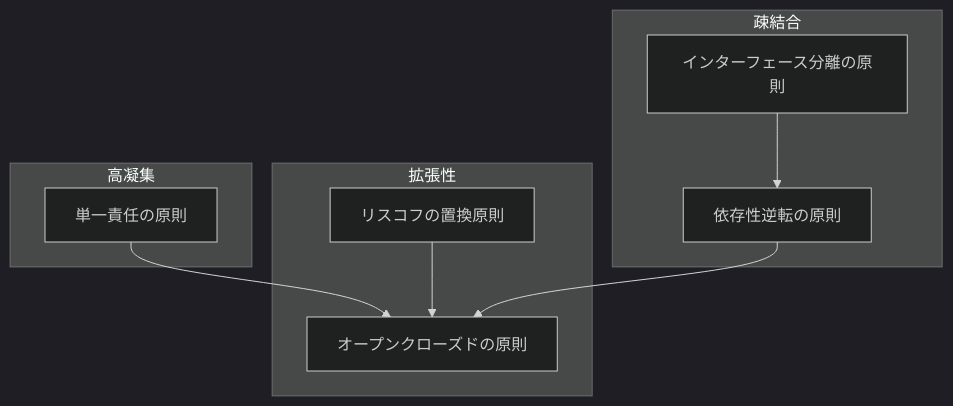
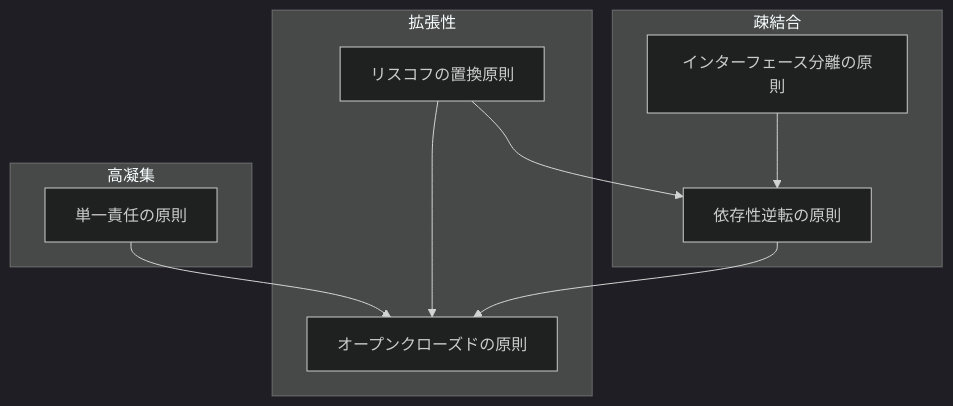
One commit to shuji-bonji/Notes-on-SOLID-Principle changed the diagram in docs/relevance-of-solid-principles.md. Above: the diagram before and after it, drawn with Mermaid (dark theme). The commit also changed other lines of this file and 5 other files, not shown here.

Commit message:
fix: SOLID原則間の関連性の訂正と各原則に関連図の掲載

````diff
--- a/docs/relevance-of-solid-principles.md
+++ b/docs/relevance-of-solid-principles.md
@@ -11,21 +7,22 @@
 ```mermaid
 graph TD
     S[単一責任の原則] --> O[オープンクローズドの原則]
     L[リスコフの置換原則] --> O
+    L --> D
     I[インターフェース分離の原則] --> D[依存性逆転の原則]
     D --> O
     
     subgraph "高凝集"
         S
     end
     
     subgraph "拡張性"
         O
         L
     end
     
     subgraph "疎結合"
         I
         D
     end
 ```
````
